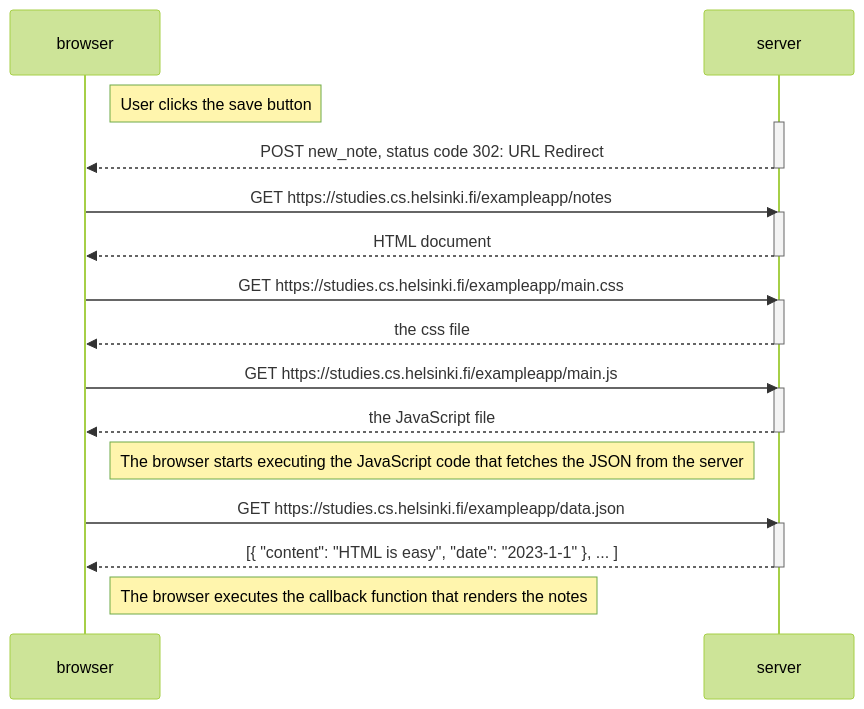
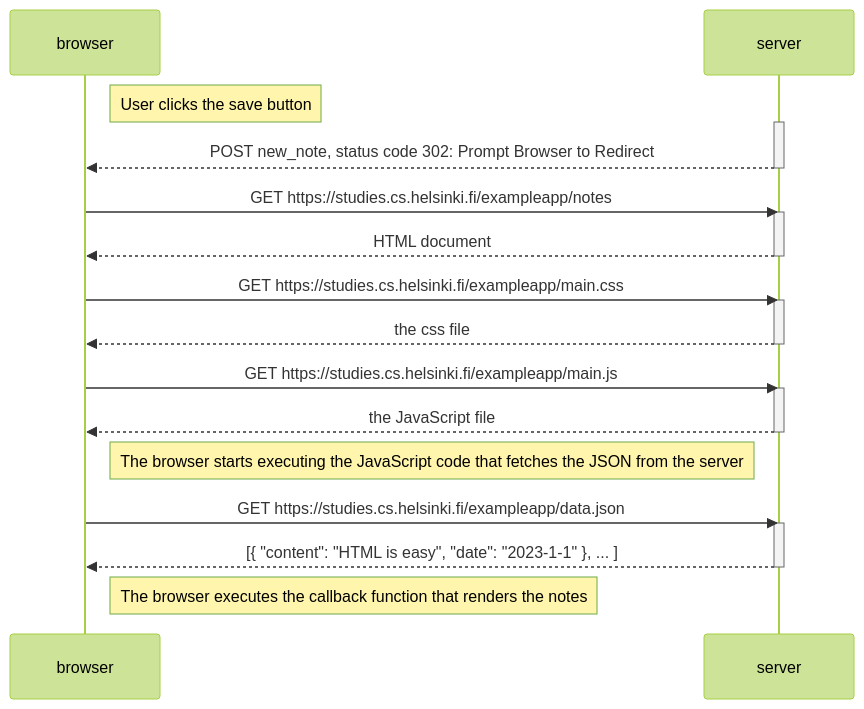
The diagram in part0/0.4/new-diagram.md (notpoorvi/fullstackopen), drawn with Mermaid (forest theme) before and after one commit.

Commit message:
change wording of browser to server prompt

````diff
--- a/part0/0.4/new-diagram.md
+++ b/part0/0.4/new-diagram.md
@@ -1,34 +1,34 @@
 ```mermaid
 sequenceDiagram
 participant browser
 participant server
 
     Note right of browser: User clicks the save button
     activate server
-    server-->>browser: POST new_note, status code 302: URL Redirect
+    server-->>browser: POST new_note, status code 302: Prompt Browser to Redirect
     deactivate server
 
     browser->>server: GET https://studies.cs.helsinki.fi/exampleapp/notes
     activate server
     server-->>browser: HTML document
     deactivate server
 
     browser->>server: GET https://studies.cs.helsinki.fi/exampleapp/main.css
     activate server
     server-->>browser: the css file
     deactivate server
 
     browser->>server: GET https://studies.cs.helsinki.fi/exampleapp/main.js
     activate server
     server-->>browser: the JavaScript file
     deactivate server
 
     Note right of browser: The browser starts executing the JavaScript code that fetches the JSON from the server
 
     browser->>server: GET https://studies.cs.helsinki.fi/exampleapp/data.json
     activate server
     server-->>browser: [{ "content": "HTML is easy", "date": "2023-1-1" }, ... ]
     deactivate server
 
     Note right of browser: The browser executes the callback function that renders the notes
 ```
````
